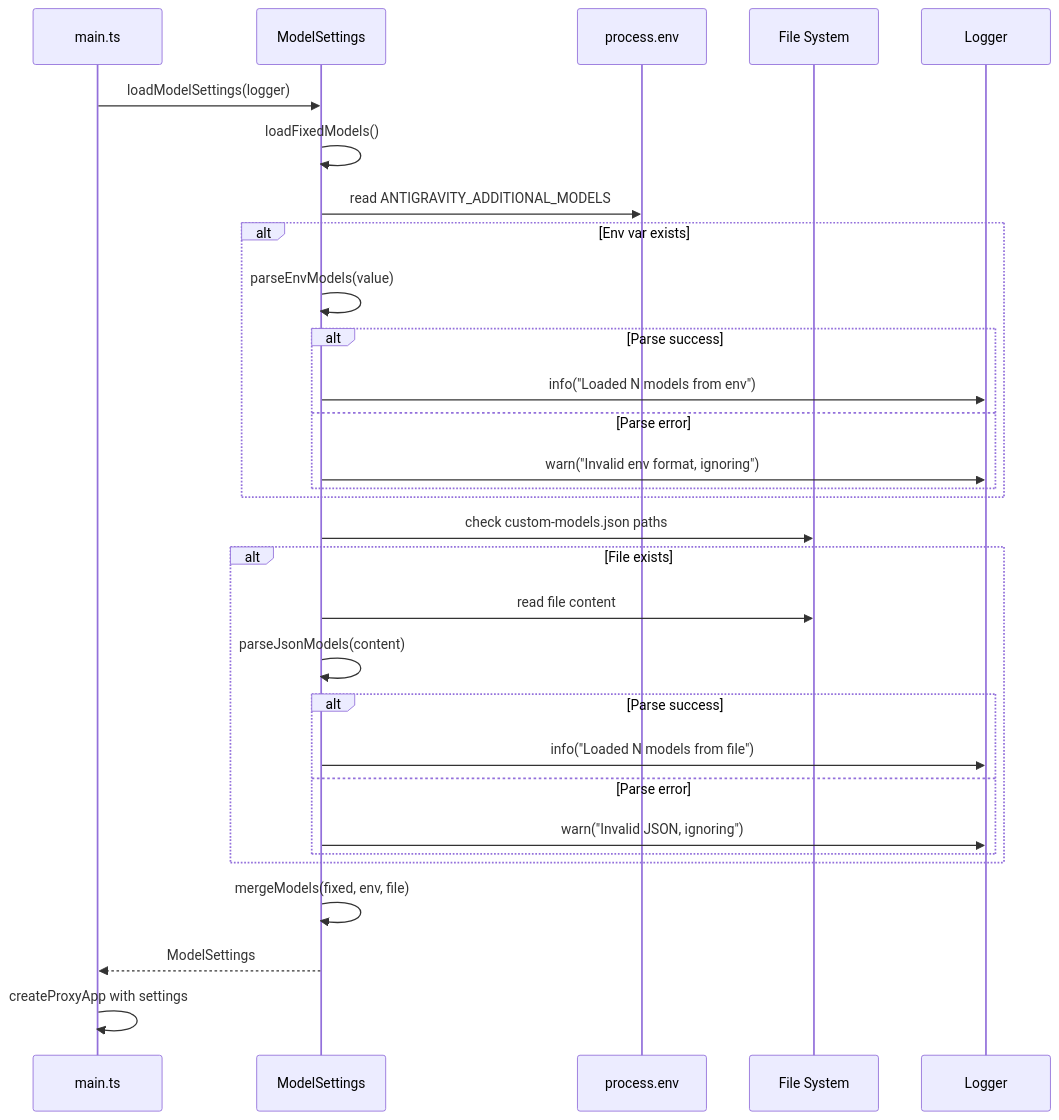
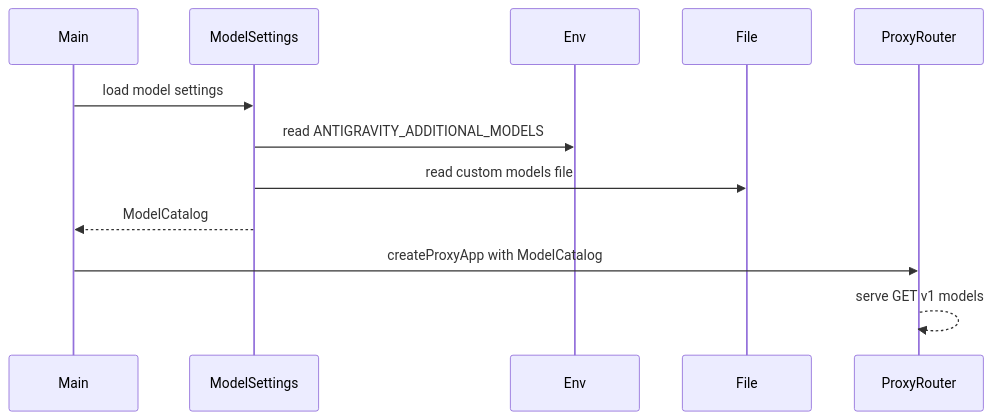
Before and after one commit to yohi/codex-antigravity-adapter: the second of 2 diagrams in .kiro/specs/codex-cli-model-display/design.md, drawn with Mermaid. The commit also changed other lines of this file and 2 other files, not shown here.

Commit message:
docs: codex-cli-model-displayの要件を承認し、設計生成フェーズへ移行

````diff
--- a/.kiro/specs/codex-cli-model-display/design.md
+++ b/.kiro/specs/codex-cli-model-display/design.md
@@ -82,33 +77,15 @@
 ```mermaid
 sequenceDiagram
-    participant Main as main.ts
-    participant MS as ModelSettings
-    participant Env as process.env
-    participant FS as File System
-    participant Log as Logger
+    participant Main
+    participant ModelSettings
+    participant Env
+    participant File
+    participant ProxyRouter
 
-    Main->>MS: loadModelSettings(logger)
-    MS->>MS: loadFixedModels()
-    MS->>Env: read ANTIGRAVITY_ADDITIONAL_MODELS
-    alt Env var exists
-        MS->>MS: parseEnvModels(value)
-        alt Parse success
-            MS->>Log: info("Loaded N models from env")
-        else Parse error
-            MS->>Log: warn("Invalid env format, ignoring")
-        end
-    end
-    MS->>FS: check custom-models.json paths
-    alt File exists
-        MS->>FS: read file content
-        MS->>MS: parseJsonModels(content)
-        alt Parse success
-            MS->>Log: info("Loaded N models from file")
-        else Parse error
-            MS->>Log: warn("Invalid JSON, ignoring")
-        end
-    end
-    MS->>MS: mergeModels(fixed, env, file)
-    MS-->>Main: ModelSettings
-    Main->>Main: createProxyApp with settings
+    Main->>ModelSettings: load model settings
+    ModelSettings->>Env: read ANTIGRAVITY_ADDITIONAL_MODELS
+    ModelSettings->>File: read custom models file
+    ModelSettings-->>Main: ModelCatalog
+    Main->>ProxyRouter: createProxyApp with ModelCatalog
+    ProxyRouter-->>ProxyRouter: serve GET v1 models
 ```
````
